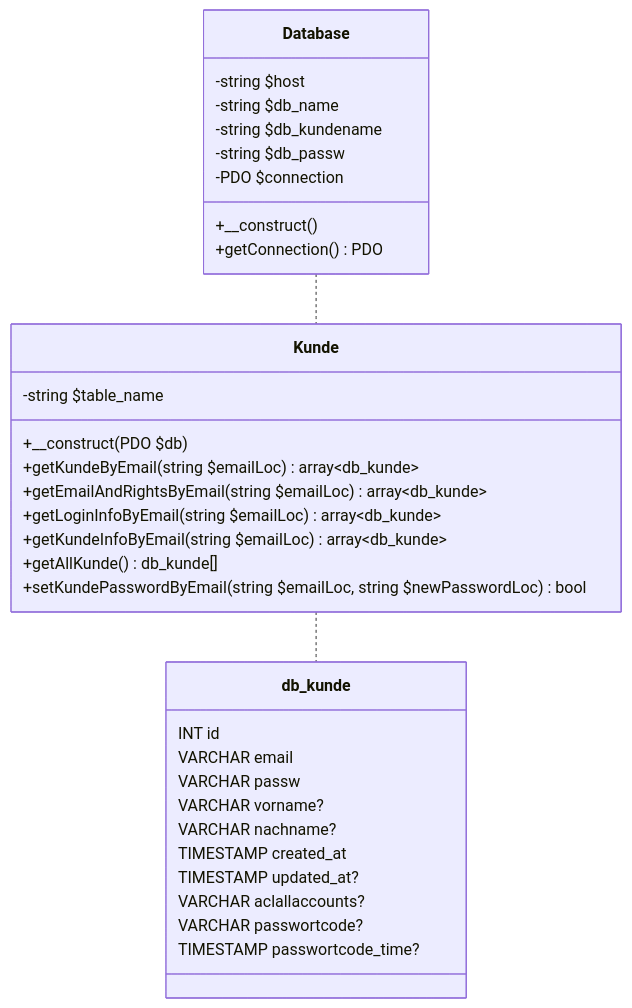
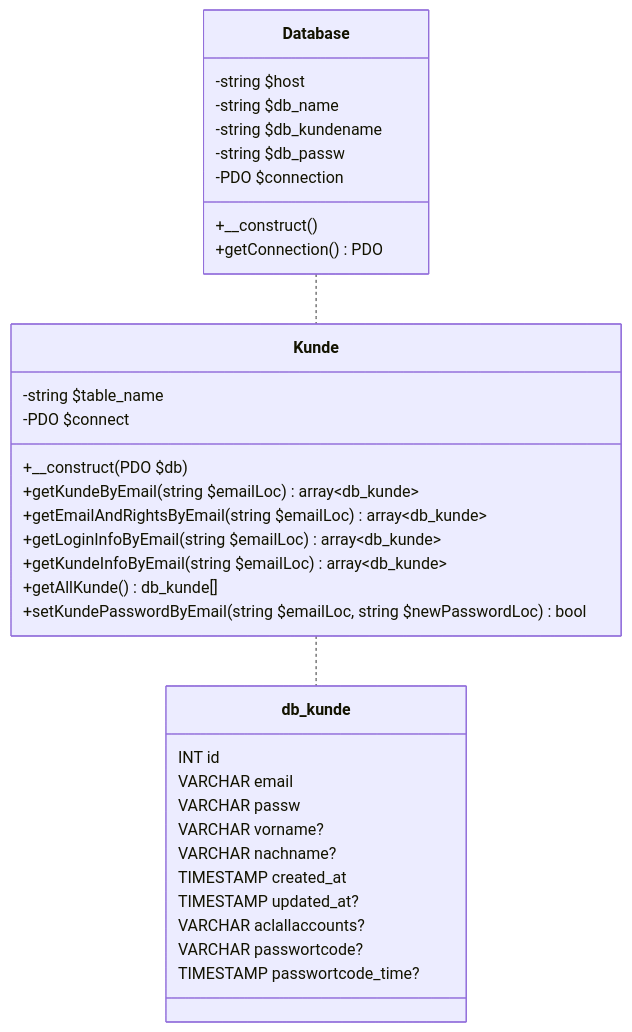
Before and after one commit to timokluser-dev/GBS_M183: the diagram in docs/summary-p3.md, drawn with Mermaid. The commit also changed other lines of this file, not shown here.

Commit message:
docs(p3): add PDO section

````diff
--- a/docs/summary-p3.md
+++ b/docs/summary-p3.md
@@ -9,41 +49,42 @@
 ```mermaid
 classDiagram
     Database .. Kunde
     Kunde .. db_kunde
 
     class Database {
         -string $host
         -string $db_name
         -string $db_kundename
         -string $db_passw
         -PDO $connection
 
         +__construct()
         +getConnection() PDO
     }
 
     class Kunde {
         -string $table_name
+        -PDO $connect
 
         +__construct(PDO $db)
         +getKundeByEmail(string $emailLoc) array~db_kunde~
         +getEmailAndRightsByEmail(string $emailLoc) array~db_kunde~
         +getLoginInfoByEmail(string $emailLoc) array~db_kunde~
         +getKundeInfoByEmail(string $emailLoc) array~db_kunde~
         +getAllKunde() db_kunde[]
         +setKundePasswordByEmail(string $emailLoc, string $newPasswordLoc) bool
     }
 
     class db_kunde {
         INT id
         VARCHAR email
         VARCHAR passw
         VARCHAR vorname?
         VARCHAR nachname?
         TIMESTAMP created_at
         TIMESTAMP updated_at?
         VARCHAR aclallaccounts?
         VARCHAR passwortcode?
         TIMESTAMP passwortcode_time?
     }
 ```
````
